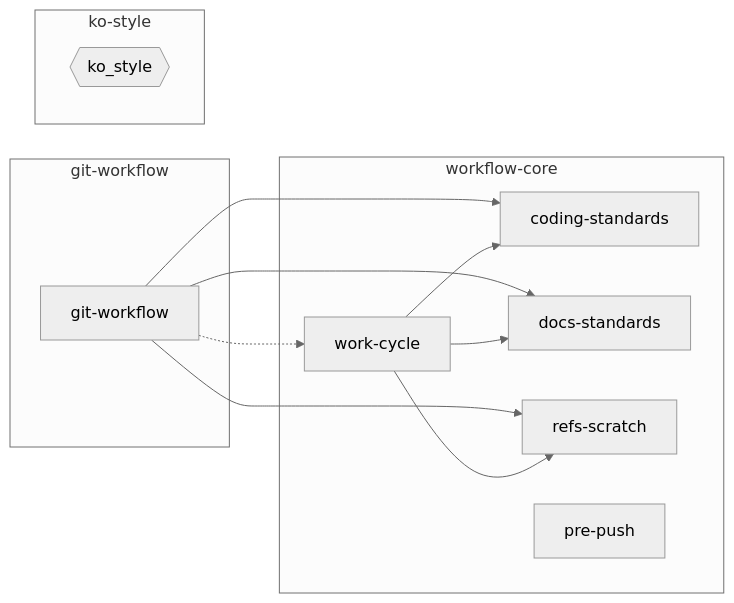
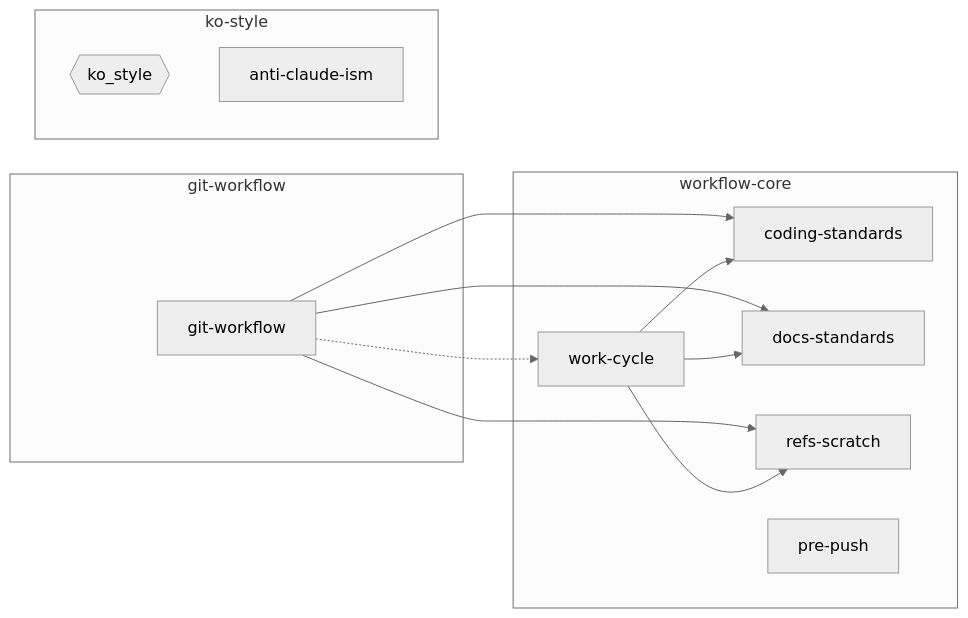
Before and after one commit to nil-park/claude-workflow-kit: the diagram in docs/architecture/component-dependency.md, drawn with Mermaid (neutral theme). The commit also changed other lines of this file and 7 other files, not shown here.

First line of the commit message:
Add the anti-claude-ism skill to ko-style

````diff
--- a/docs/architecture/component-dependency.md
+++ b/docs/architecture/component-dependency.md
@@ -5,24 +5,25 @@
 ```mermaid
 flowchart LR
   subgraph gw["git-workflow"]
     gwf["git-workflow"]
   end
   subgraph wc["workflow-core"]
     cyc["work-cycle"]
     cs["coding-standards"]
     ds["docs-standards"]
     rs["refs-scratch"]
     pp["pre-push"]
   end
   subgraph ks["ko-style"]
     hook{{"ko_style"}}
+    aci["anti-claude-ism"]
   end
 
   gwf --> cs
   gwf --> ds
   gwf --> rs
   gwf -.-> cyc
   cyc --> cs
   cyc --> ds
   cyc --> rs
 ```
````
